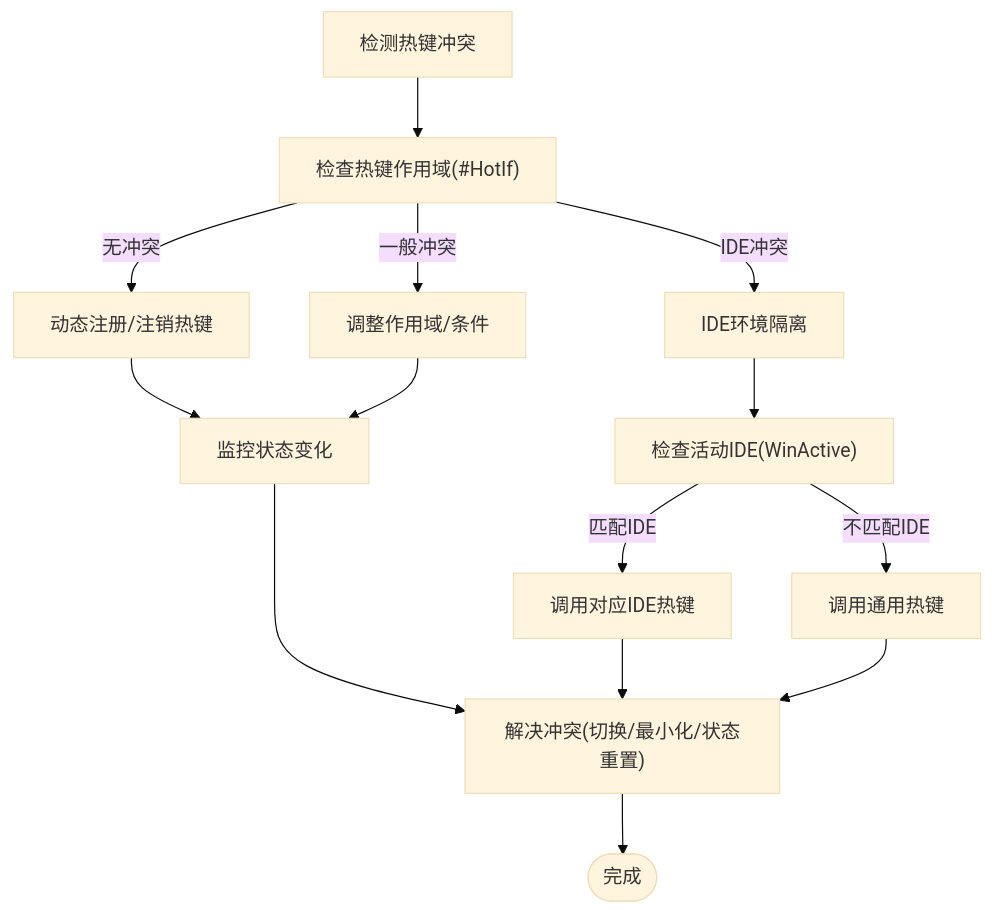
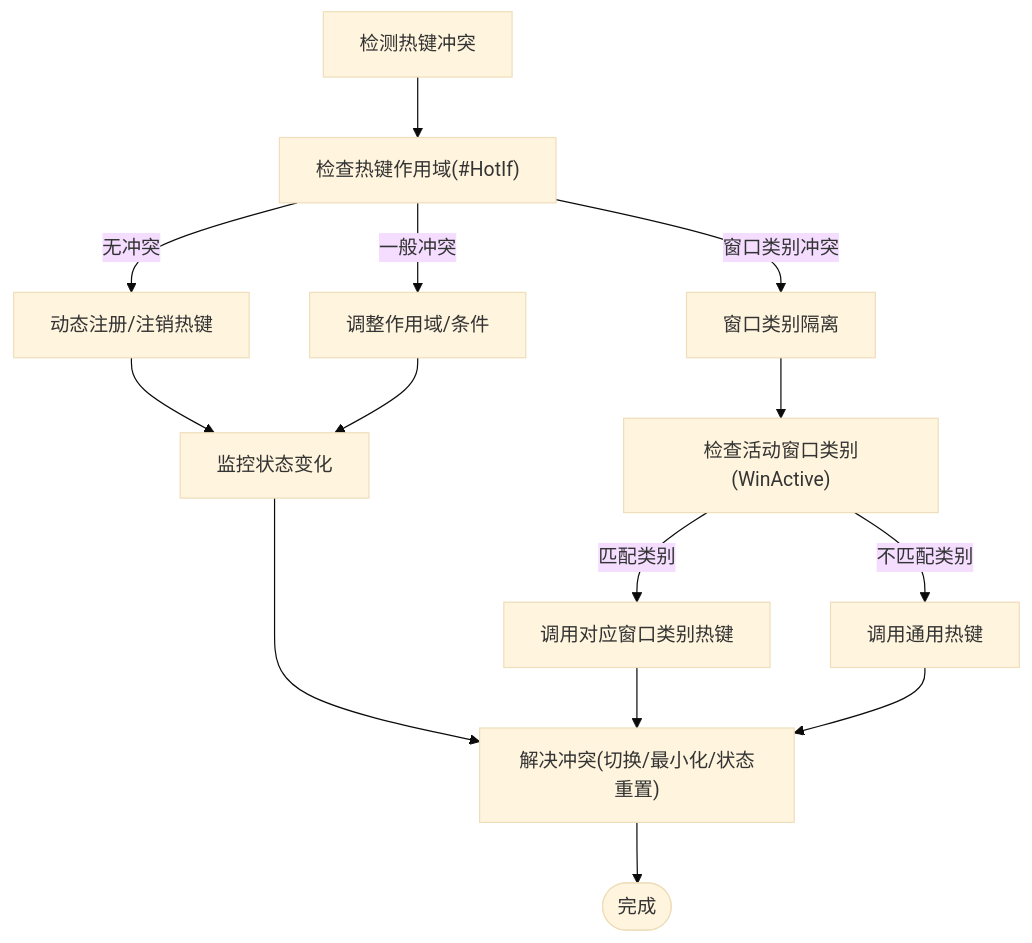
The fifth of 8 diagrams in .qoder/repowiki/zh/content/核心功能/热键管理系统.md (wangys-123doit/hotkey), drawn with Mermaid (base theme) before and after one commit. The commit also changed other lines of this file and 6 other files, not shown here.

````diff
--- a/.qoder/repowiki/zh/content/核心功能/热键管理系统.md
+++ b/.qoder/repowiki/zh/content/核心功能/热键管理系统.md
@@ -196,16 +183,16 @@
 ```mermaid
 flowchart TD
 Detect["检测热键冲突"] --> ScopeCheck["检查热键作用域(#HotIf)"]
-ScopeCheck --> |IDE冲突| IDEIsolation["IDE环境隔离"]
+ScopeCheck --> |窗口类别冲突| CategoryIsolation["窗口类别隔离"]
 ScopeCheck --> |一般冲突| AdjustScope["调整作用域/条件"]
 ScopeCheck --> |无冲突| DynamicReg["动态注册/注销热键"]
-IDEIsolation --> IDECheck["检查活动IDE(WinActive)"]
-IDECheck --> |匹配IDE| MatchedIDE["调用对应IDE热键"]
-IDECheck --> |不匹配IDE| GeneralHotkeys["调用通用热键"]
+CategoryIsolation --> CategoryCheck["检查活动窗口类别(WinActive)"]
+CategoryCheck --> |匹配类别| MatchedCategory["调用对应窗口类别热键"]
+CategoryCheck --> |不匹配类别| GeneralHotkeys["调用通用热键"]
 DynamicReg --> Monitor["监控状态变化"]
 AdjustScope --> Monitor
 Monitor --> Resolve["解决冲突(切换/最小化/状态重置)"]
-MatchedIDE --> Resolve
+MatchedCategory --> Resolve
 GeneralHotkeys --> Resolve
 Resolve --> End(["完成"])
 ```
````
